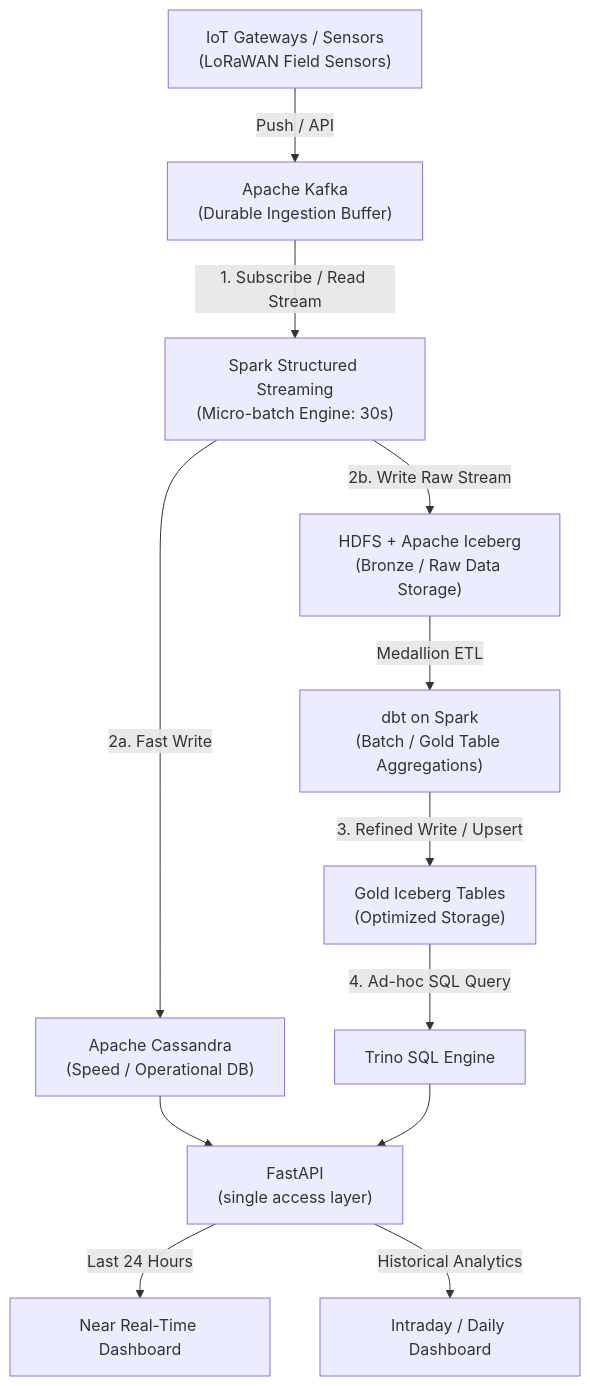
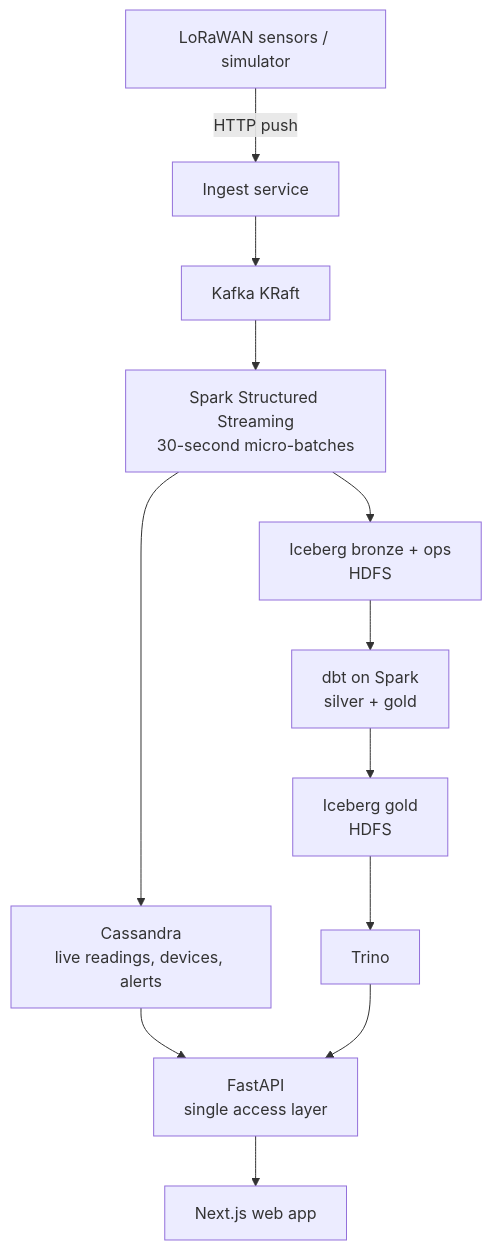
One commit to Unray12/DataEngineeringProject changed the diagram in README.md. Above: the diagram before and after it, drawn with Mermaid. The commit also changed other lines of this file and 47 other files, not shown here.

Commit message:
feat: develop web app

````diff
--- a/README.md
+++ b/README.md
@@ -26,14 +24,14 @@
 ```mermaid
 flowchart TD
-    A["IoT Gateways / Sensors<br/>(LoRaWAN Field Sensors)"] -->|Push / API| B["Apache Kafka<br/>(Durable Ingestion Buffer)"]
-    B -->|1. Subscribe / Read Stream| C["Spark Structured Streaming<br/>(Micro-batch Engine: 30s)"]
-    C -->|2a. Fast Write| D["Apache Cassandra<br/>(Speed / Operational DB)"]
-    C -->|2b. Write Raw Stream| E["HDFS + Apache Iceberg<br/>(Bronze / Raw Data Storage)"]
-    E -->|Medallion ETL| G["dbt on Spark<br/>(Batch / Gold Table Aggregations)"]
-    G -->|3. Refined Write / Upsert| H["Gold Iceberg Tables<br/>(Optimized Storage)"]
-    H -->|4. Ad-hoc SQL Query| I["Trino SQL Engine"]
-    D --> K["FastAPI<br/>(single access layer)"]
-    I --> K
-    K -->|Last 24 Hours| F["Near Real-Time Dashboard"]
-    K -->|Historical Analytics| J["Intraday / Daily Dashboard"]
+    S["LoRaWAN sensors / simulator"] -->|HTTP push| IN["Ingest service"]
+    IN --> K["Kafka KRaft"]
+    K --> SP["Spark Structured Streaming<br/>30-second micro-batches"]
+    SP --> C["Cassandra<br/>live readings, devices, alerts"]
+    SP --> B["Iceberg bronze + ops<br/>HDFS"]
+    B --> DBT["dbt on Spark<br/>silver + gold"]
+    DBT --> G["Iceberg gold<br/>HDFS"]
+    G --> T["Trino"]
+    C --> API["FastAPI<br/>single access layer"]
+    T --> API
+    API --> WEB["Next.js web app"]
 ```
````
